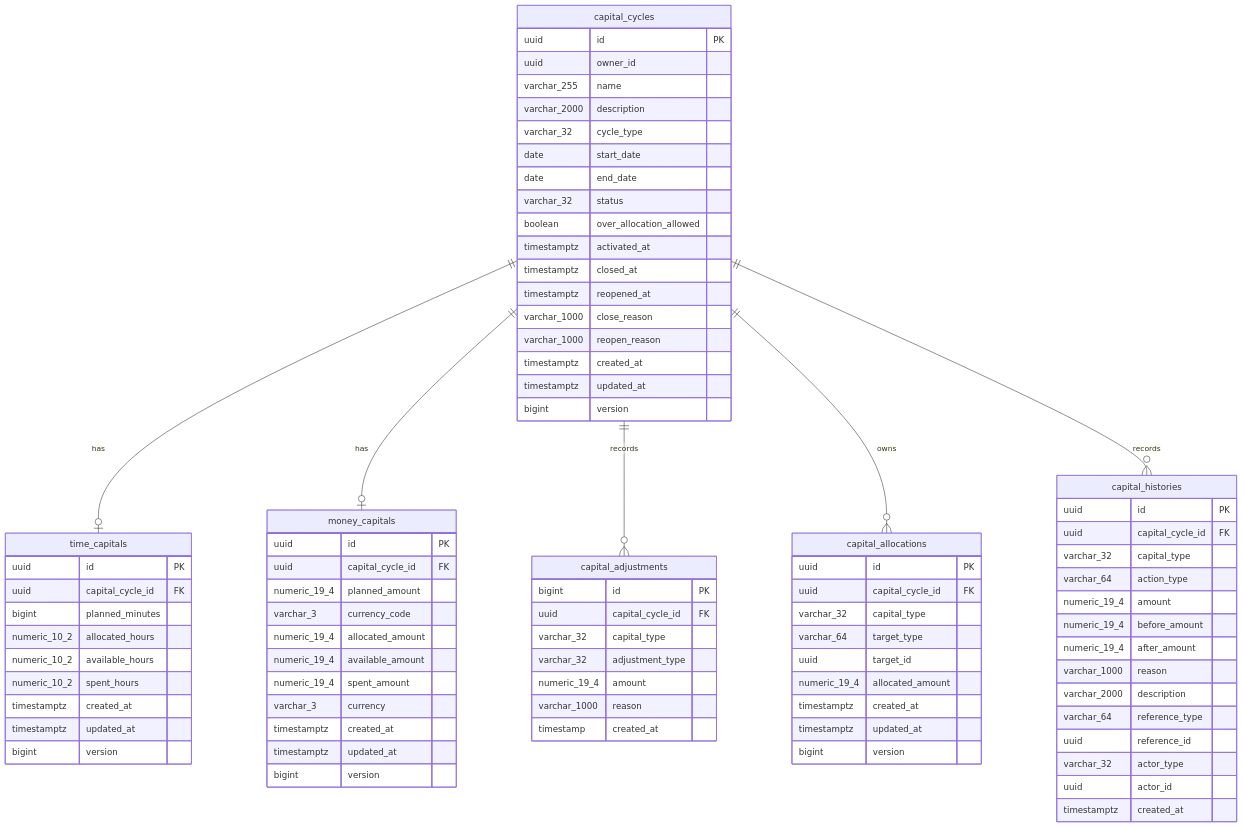
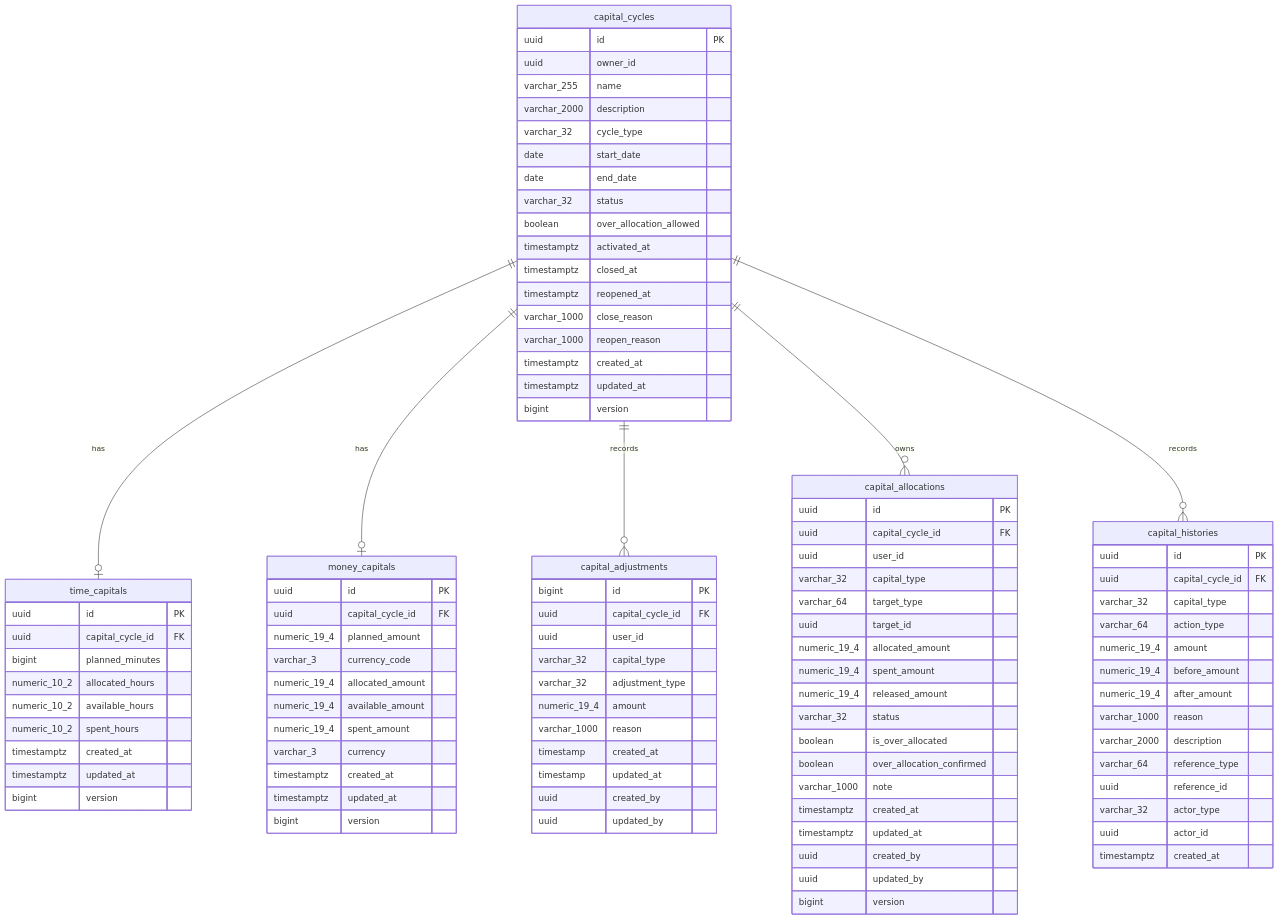
One commit to TADTNcoder/lifebalance-be changed the first of 2 diagrams in docs/erd.md. Above: the diagram before and after it, drawn with Mermaid. The commit also changed other lines of this file, not shown here.

Commit message:
[DOCUMENTATION] feature/recurring-rule-reminder-policy-migration: update task timeline ERD

```diff
--- a/docs/erd.md
+++ b/docs/erd.md
@@ -49,22 +57,35 @@
     capital_adjustments {
         bigint id PK
         uuid capital_cycle_id FK
+        uuid user_id
         varchar_32 capital_type
         varchar_32 adjustment_type
         numeric_19_4 amount
         varchar_1000 reason
         timestamp created_at
+        timestamp updated_at
+        uuid created_by
+        uuid updated_by
     }
 
     capital_allocations {
         uuid id PK
         uuid capital_cycle_id FK
+        uuid user_id
         varchar_32 capital_type
         varchar_64 target_type
         uuid target_id
         numeric_19_4 allocated_amount
+        numeric_19_4 spent_amount
+        numeric_19_4 released_amount
+        varchar_32 status
+        boolean is_over_allocated
+        boolean over_allocation_confirmed
+        varchar_1000 note
         timestamptz created_at
         timestamptz updated_at
+        uuid created_by
+        uuid updated_by
         bigint version
     }
 
```
